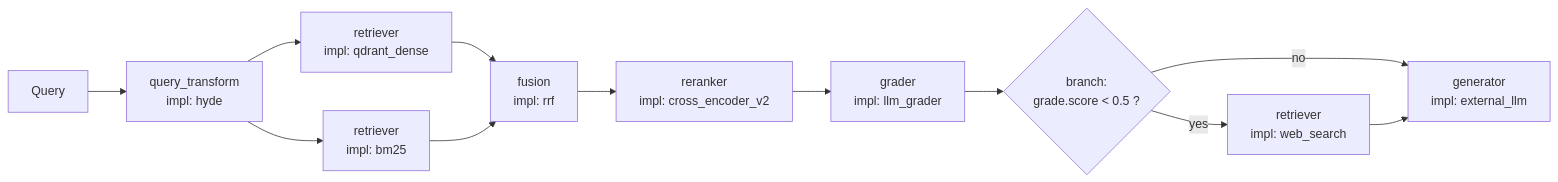
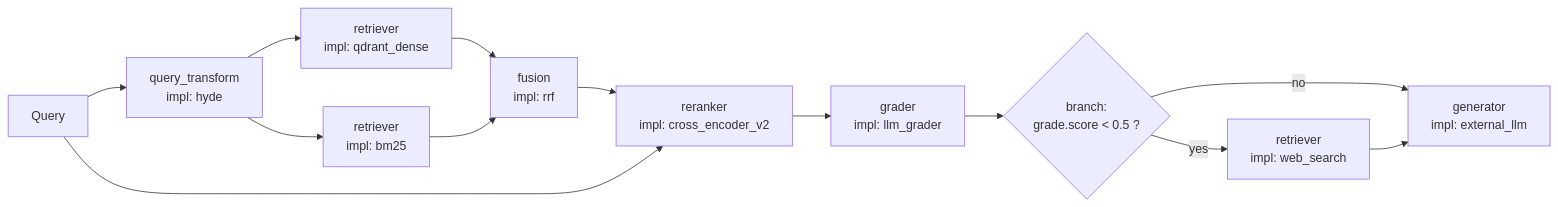
One commit to genesary/Ragondin changed the first of 5 diagrams in docs/system-architecture.md. Above: the diagram before and after it, drawn with Mermaid. The commit also changed other lines of this file and 7 other files, not shown here.

````diff
--- a/docs/system-architecture.md
+++ b/docs/system-architecture.md
@@ -202,14 +213,15 @@
 ```mermaid
 flowchart LR
   Q[Query] --> T["query_transform<br/>impl: hyde"]
   T --> D["retriever<br/>impl: qdrant_dense"]
   T --> S["retriever<br/>impl: bm25"]
   D --> F["fusion<br/>impl: rrf"]
   S --> F
   F --> R["reranker<br/>impl: cross_encoder_v2"]
+  Q --> R
   R --> GR["grader<br/>impl: llm_grader"]
   GR --> GATE{"branch:<br/>grade.score &lt; 0.5 ?"}
   GATE -->|yes| W["retriever<br/>impl: web_search"]
   GATE -->|no| GEN["generator<br/>impl: external_llm"]
   W --> GEN
 ```
````
